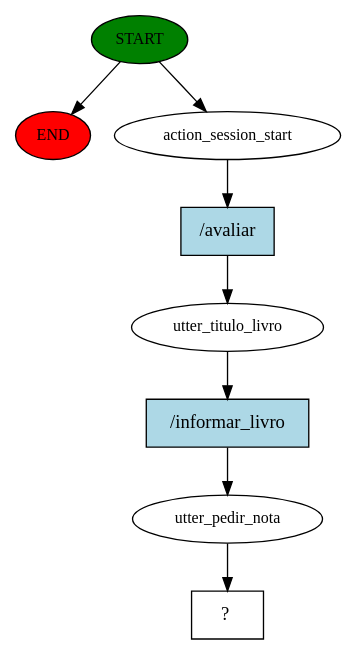
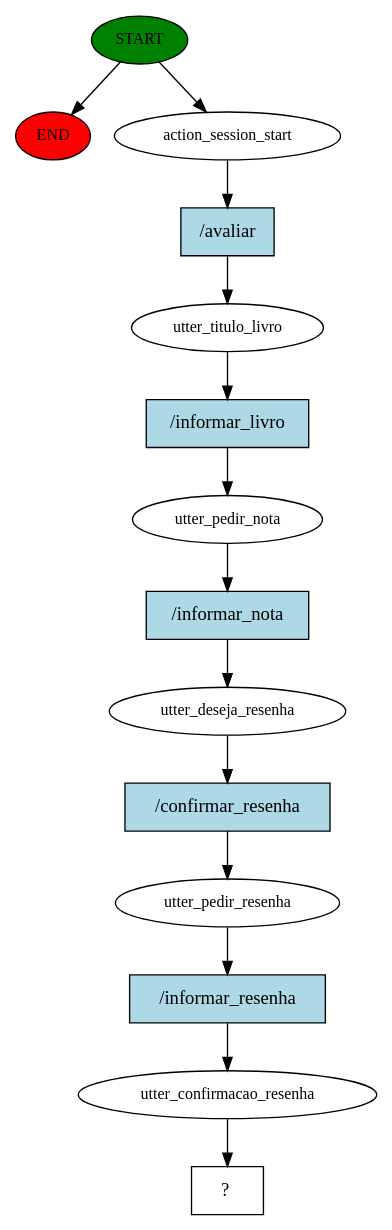
One commit to liviacoutinho/BookBot changed the diagram in story_graph.dot. Above: the diagram before and after it, drawn with Graphviz. The commit also changed 3 other files, not shown here.

Commit message:
Fluxo de avaliar o livro com resenha

```diff
--- a/story_graph.dot
+++ b/story_graph.dot
@@ -1,17 +1,29 @@
 digraph  {
 0 [class="start active", fillcolor=green, fontsize=12, label=START, style=filled];
 "-1" [class=end, fillcolor=red, fontsize=12, label=END, style=filled];
 1 [class=active, fontsize=12, label=action_session_start];
 2 [class=active, fontsize=12, label=utter_titulo_livro];
 3 [class=active, fontsize=12, label=utter_pedir_nota];
-4 [class="intent dashed active", label="  ?  ", shape=rect];
-5 [class="intent active", fillcolor=lightblue, label="/avaliar", shape=rect, style=filled];
-6 [class="intent active", fillcolor=lightblue, label="/informar_livro", shape=rect, style=filled];
+4 [class=active, fontsize=12, label=utter_deseja_resenha];
+5 [class=active, fontsize=12, label=utter_pedir_resenha];
+6 [class=active, fontsize=12, label=utter_confirmacao_resenha];
+7 [class="intent dashed active", label="  ?  ", shape=rect];
+8 [class="intent active", fillcolor=lightblue, label="/avaliar", shape=rect, style=filled];
+9 [class="intent active", fillcolor=lightblue, label="/informar_livro", shape=rect, style=filled];
+10 [class="intent active", fillcolor=lightblue, label="/informar_nota", shape=rect, style=filled];
+11 [class="intent active", fillcolor=lightblue, label="/confirmar_resenha", shape=rect, style=filled];
+12 [class="intent active", fillcolor=lightblue, label="/informar_resenha", shape=rect, style=filled];
 0 -> "-1"  [class="", key=NONE, label=""];
 0 -> 1  [class=active, key=NONE, label=""];
-1 -> 5  [class=active, key=0];
-2 -> 6  [class=active, key=0];
-3 -> 4  [class=active, key=NONE, label=""];
-5 -> 2  [class=active, key=0];
-6 -> 3  [class=active, key=0];
+1 -> 8  [class=active, key=0];
+2 -> 9  [class=active, key=0];
+3 -> 10  [class=active, key=0];
+4 -> 11  [class=active, key=0];
+5 -> 12  [class=active, key=0];
+6 -> 7  [class=active, key=NONE, label=""];
+8 -> 2  [class=active, key=0];
+9 -> 3  [class=active, key=0];
+10 -> 4  [class=active, key=0];
+11 -> 5  [class=active, key=0];
+12 -> 6  [class=active, key=0];
 }
```
